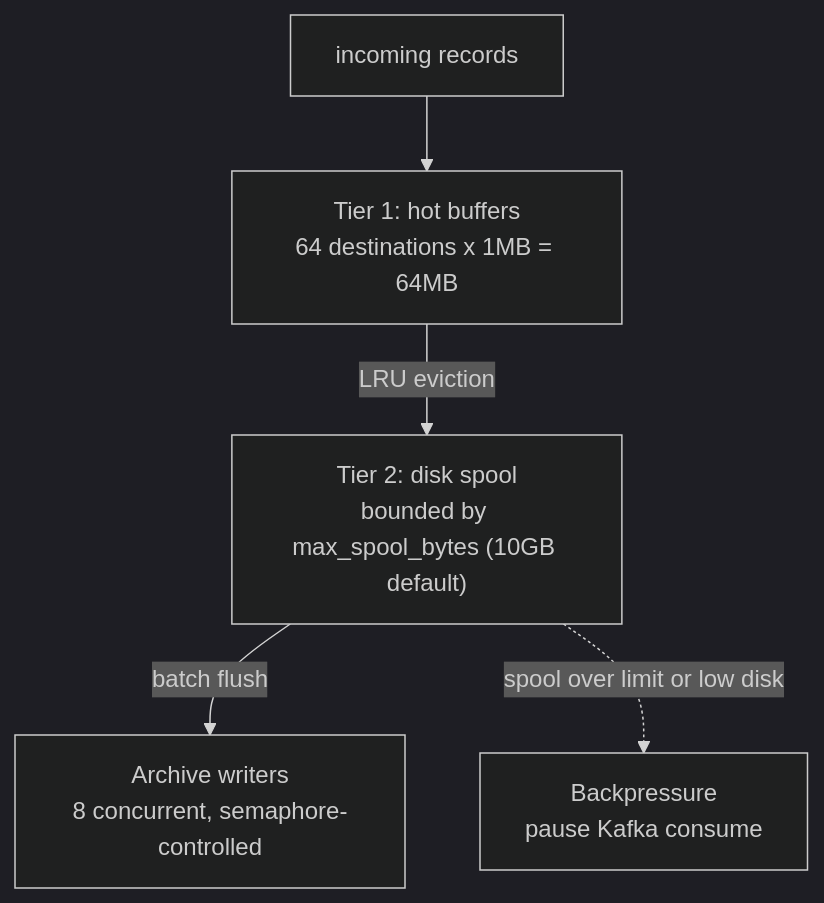
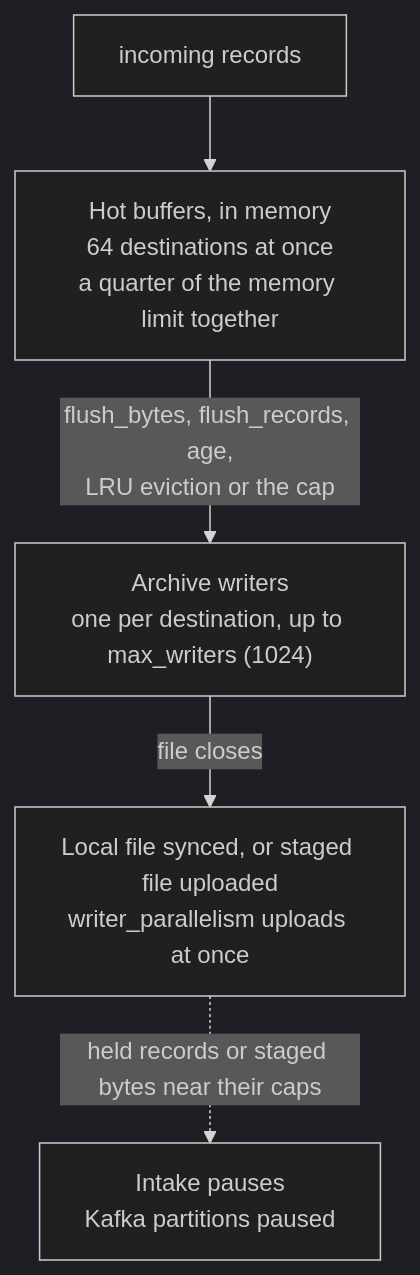
The second of 2 diagrams in README.md (hyperi-io/dfe-archiver), drawn with Mermaid (dark theme) before and after one commit. The commit also changed other lines of this file and 52 other files, not shown here.

````diff
--- a/README.md
+++ b/README.md
@@ -47,7 +47,7 @@
 ```mermaid
 flowchart TB
-    R["incoming records"] --> T1["Tier 1: hot buffers<br/>64 destinations x 1MB = 64MB"]
-    T1 -->|LRU eviction| T2["Tier 2: disk spool<br/>bounded by max_spool_bytes (10GB default)"]
-    T2 -->|batch flush| AW["Archive writers<br/>8 concurrent, semaphore-controlled"]
-    T2 -. spool over limit or low disk .-> BP["Backpressure<br/>pause Kafka consume"]
+    R["incoming records"] --> HB["Hot buffers, in memory<br/>64 destinations at once<br/>a quarter of the memory limit together"]
+    HB -->|"flush_bytes, flush_records, age,<br/>LRU eviction or the cap"| AW["Archive writers<br/>one per destination, up to max_writers (1024)"]
+    AW -->|file closes| ST["Local file synced, or staged file uploaded<br/>writer_parallelism uploads at once"]
+    ST -. held records or staged bytes near their caps .-> BP["Intake pauses<br/>Kafka partitions paused"]
 ```
````
